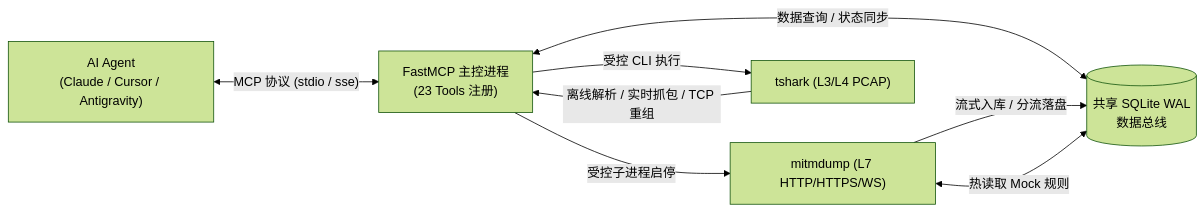
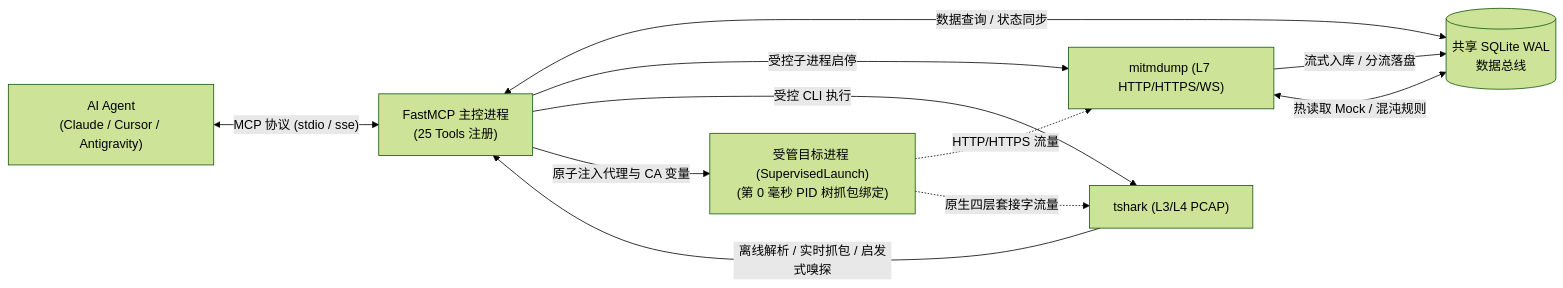
Before and after one commit to atengk/mcp-server-traffic-inspector: the diagram in README.md, drawn with Mermaid (forest theme). The commit also changed other lines of this file and 9 other files, not shown here.

````diff
--- a/README.md
+++ b/README.md
@@ -34,10 +34,13 @@
 ```mermaid
 flowchart LR
-    A["AI Agent<br/>(Claude / Cursor / Antigravity)"] <-->|"MCP 协议 (stdio / sse)"| B["FastMCP 主控进程<br/>(23 Tools 注册)"]
+    A["AI Agent<br/>(Claude / Cursor / Antigravity)"] <-->|"MCP 协议 (stdio / sse)"| B["FastMCP 主控进程<br/>(25 Tools 注册)"]
     B <-->|"数据查询 / 状态同步"| C[("共享 SQLite WAL<br/>数据总线")]
     B -->|"受控子进程启停"| D["mitmdump (L7 HTTP/HTTPS/WS)"]
     B -->|"受控 CLI 执行"| E["tshark (L3/L4 PCAP)"]
+    B -->|"原子注入代理与 CA 变量"| F["受管目标进程 (SupervisedLaunch)<br/>(第 0 毫秒 PID 树抓包绑定)"]
     D -->|"流式入库 / 分流落盘"| C
-    D <-->|"热读取 Mock 规则"| C
-    E -->|"离线解析 / 实时抓包 / TCP 重组"| B
+    D <-->|"热读取 Mock / 混沌规则"| C
+    E -->|"离线解析 / 实时抓包 / 启发式嗅探"| B
+    F -.->|"HTTP/HTTPS 流量"| D
+    F -.->|"原生四层套接字流量"| E
 ```
````
